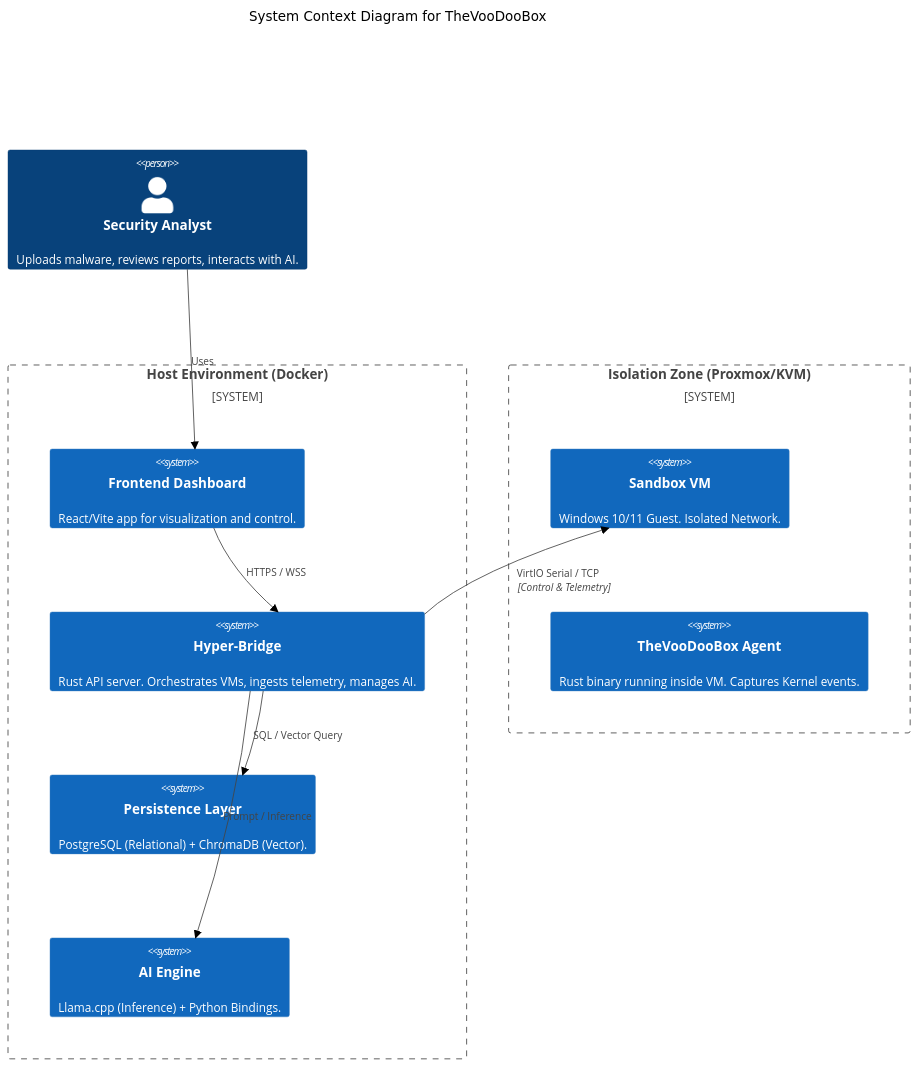
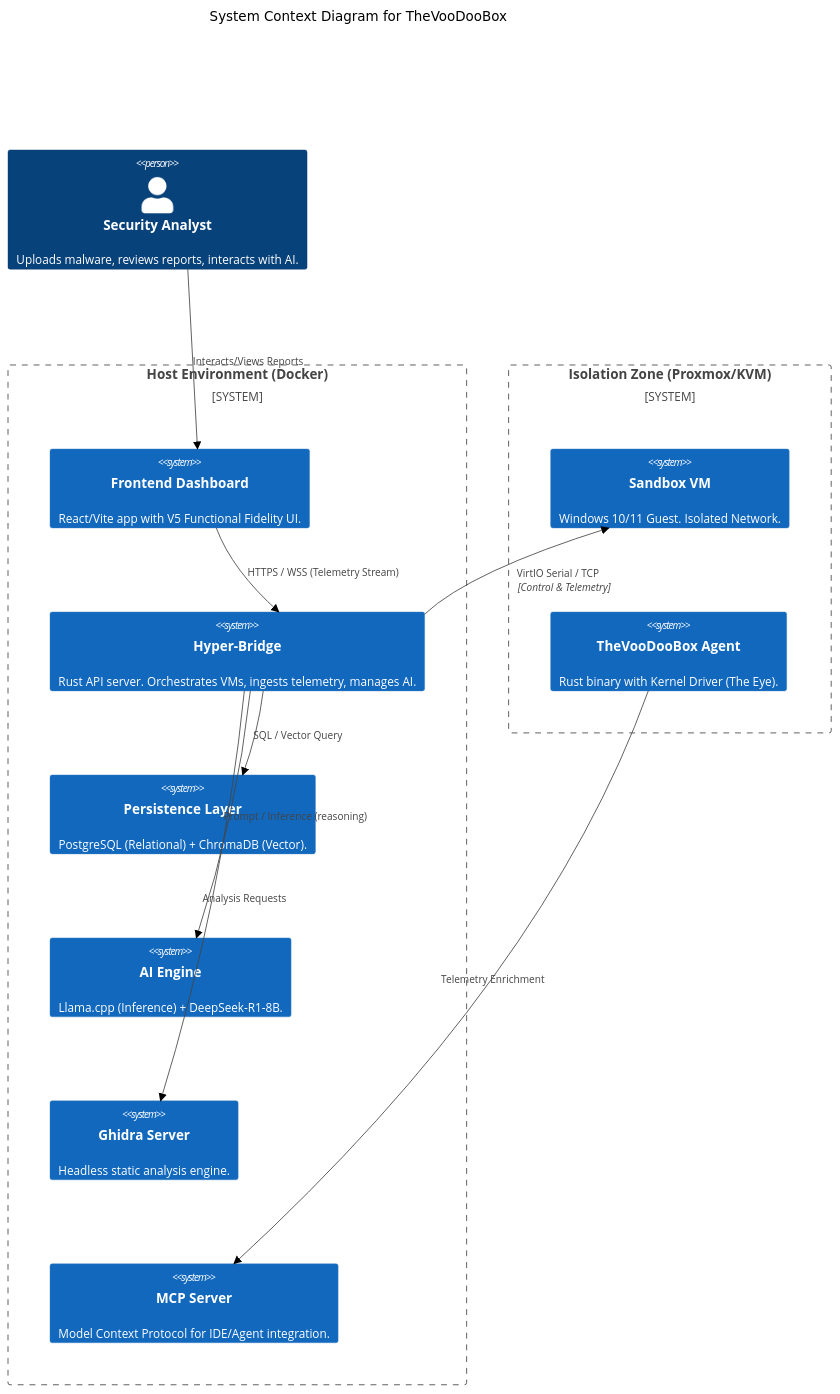
Before and after one commit to Sagz9000/TheVooDooBox: the diagram in docs/02_ARCHITECTURE.md, drawn with Mermaid (neutral theme). The commit also changed 2 other files, not shown here.

Commit message:
docs: enhance diagrams in Architecture and AI-RAG for V5 functional fidelity

````diff
--- a/docs/02_ARCHITECTURE.md
+++ b/docs/02_ARCHITECTURE.md
@@ -9,24 +9,28 @@
 ```mermaid
 C4Context
     title System Context Diagram for TheVooDooBox
 
     Person(analyst, "Security Analyst", "Uploads malware, reviews reports, interacts with AI.")
     
     System_Boundary(host, "Host Environment (Docker)") {
-        System(frontend, "Frontend Dashboard", "React/Vite app for visualization and control.")
+        System(frontend, "Frontend Dashboard", "React/Vite app with V5 Functional Fidelity UI.")
         System(backend, "Hyper-Bridge", "Rust API server. Orchestrates VMs, ingests telemetry, manages AI.")
         System(db, "Persistence Layer", "PostgreSQL (Relational) + ChromaDB (Vector).")
-        System(ai, "AI Engine", "Llama.cpp (Inference) + Python Bindings.")
+        System(ai, "AI Engine", "Llama.cpp (Inference) + DeepSeek-R1-8B.")
+        System(ghidra_srv, "Ghidra Server", "Headless static analysis engine.")
+        System(mcp, "MCP Server", "Model Context Protocol for IDE/Agent integration.")
     }
 
     System_Boundary(isolation, "Isolation Zone (Proxmox/KVM)") {
         System(vm, "Sandbox VM", "Windows 10/11 Guest. Isolated Network.")
-        System(agent, "TheVooDooBox Agent", "Rust binary running inside VM. Captures Kernel events.")
+        System(agent, "TheVooDooBox Agent", "Rust binary with Kernel Driver (The Eye).")
     }
 
-    Rel(analyst, frontend, "Uses")
-    Rel(frontend, backend, "HTTPS / WSS")
+    Rel(analyst, frontend, "Interacts/Views Reports")
+    Rel(frontend, backend, "HTTPS / WSS (Telemetry Stream)")
     Rel(backend, db, "SQL / Vector Query")
-    Rel(backend, ai, "Prompt / Inference")
+    Rel(backend, ai, "Prompt / Inference (reasoning)")
+    Rel(backend, ghidra_srv, "Analysis Requests")
     Rel(backend, vm, "VirtIO Serial / TCP", "Control & Telemetry")
+    Rel(agent, mcp, "Telemetry Enrichment")
 ```
````
